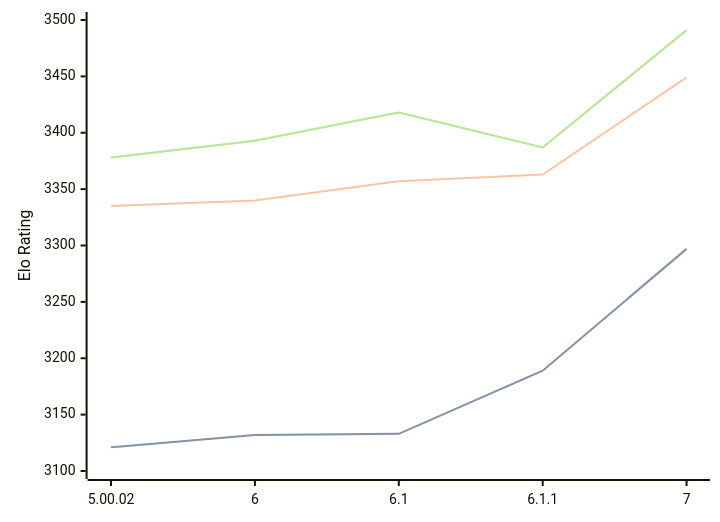
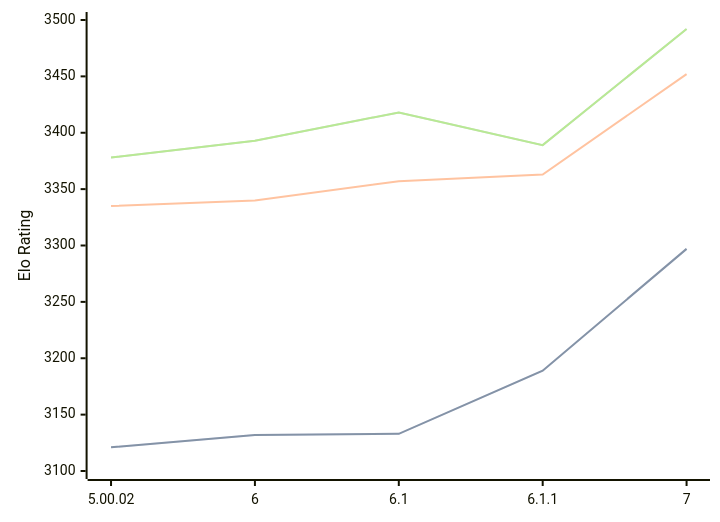
Before and after one commit to computer-chess-index/cci: the diagram in engines/Zangdar.md, drawn with Mermaid. The commit also changed other lines of this file, not shown here.

Commit message:
Update CCI Ratings (ELO VLTC) - 2026-07-19

````diff
--- a/engines/Zangdar.md
+++ b/engines/Zangdar.md
@@ -47,11 +47,11 @@
 ```mermaid
 %%{init: {"theme":"base","themeVariables":{"seriesColors:['#a3a3a3','#222221','#faa371']}}}%%
 xychart-beta
   x-axis ["5.00.02", "6", "6.1", "6.1.1", "7"]
   y-axis "Elo Rating" 3100 --> 3500
   line "STC (8.0+0.08s)" [3121, 3132, 3133, 3189, 3297]
   line "STC (8.0+0.08s)" [3121, 3132, 3133, 3189, 3297]
-  line "LTC (60.0+0.60s)" [3335, 3340, 3357, 3363, 3449]
-  line "VLTC (2m24s+1.12s)" [3378, 3393, 3418, 3387, 3491]
-  line "VLTC (2m24s+1.12s)" [3378, 3393, 3418, 3387, 3491]
+  line "LTC (60.0+0.60s)" [3335, 3340, 3357, 3363, 3452]
+  line "VLTC (2m24s+1.12s)" [3378, 3393, 3418, 3389, 3492]
+  line "VLTC (2m24s+1.12s)" [3378, 3393, 3418, 3389, 3492]
 ```
````
